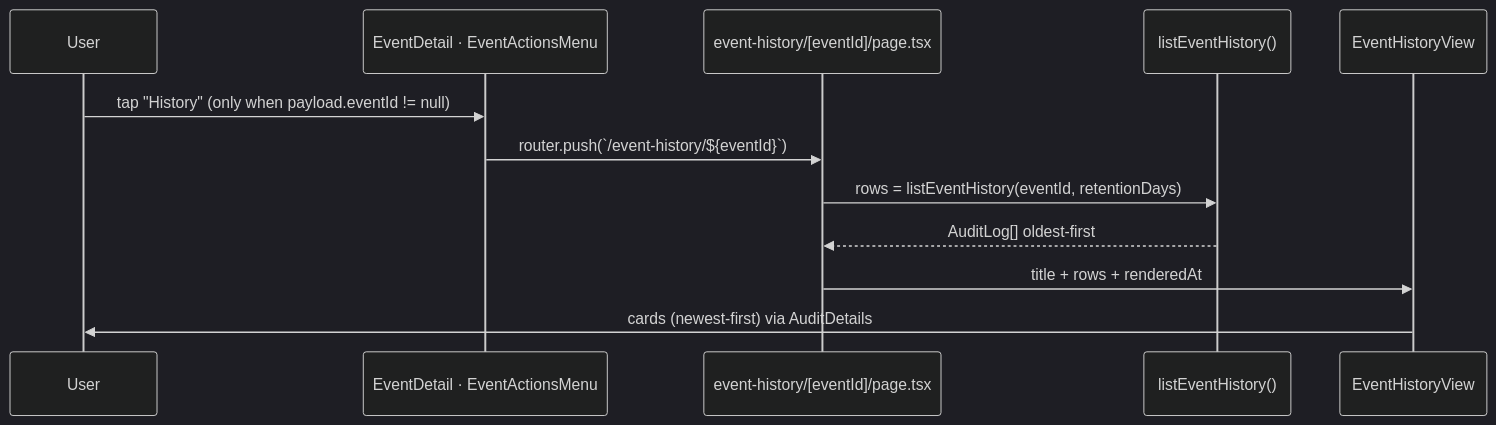
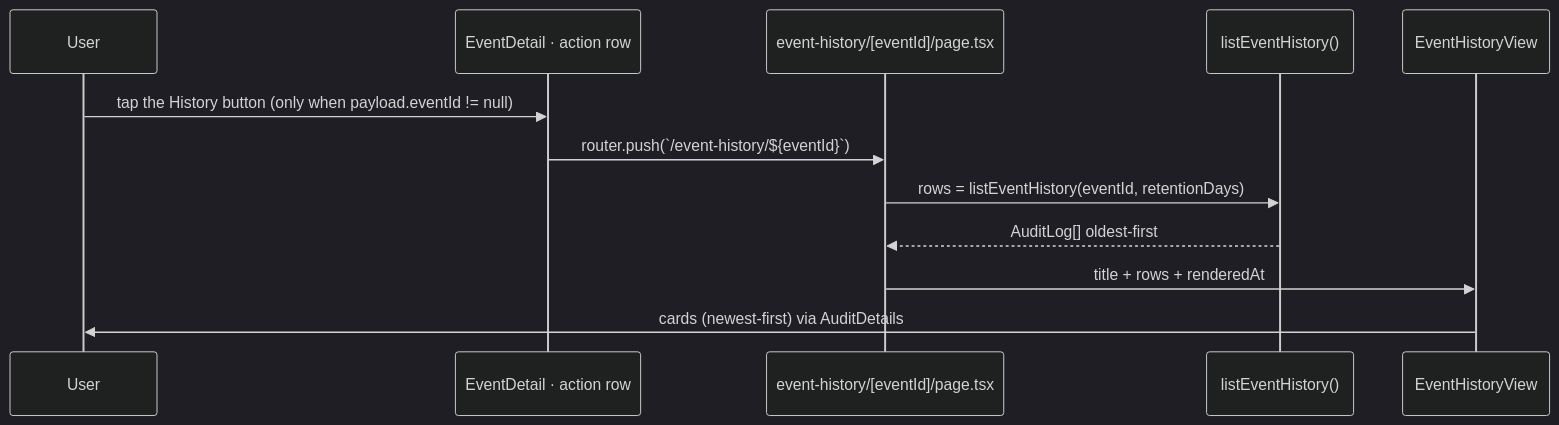
Before and after one commit to oncloudnintynineone-source/cloudy2: the diagram in docs/event-history.md, drawn with Mermaid (dark theme). The commit also changed other lines of this file and 13 other files, not shown here.

Commit message:
Add event history & My Events over audit rows

````diff
--- a/docs/event-history.md
+++ b/docs/event-history.md
@@ -60,14 +60,14 @@
 ```mermaid
 sequenceDiagram
     participant U as User
-    participant M as EventDetail · EventActionsMenu
+    participant M as EventDetail · action row
     participant P as event-history/[eventId]/page.tsx
     participant Q as listEventHistory()
     participant V as EventHistoryView
-    U->>M: tap "History" (only when payload.eventId != null)
+    U->>M: tap the History button (only when payload.eventId != null)
     M->>P: router.push(`/event-history/${eventId}`)
     P->>Q: rows = listEventHistory(eventId, retentionDays)
     Q-->>P: AuditLog[] oldest-first
     P->>V: title + rows + renderedAt
     V->>U: cards (newest-first) via AuditDetails
 ```
````
